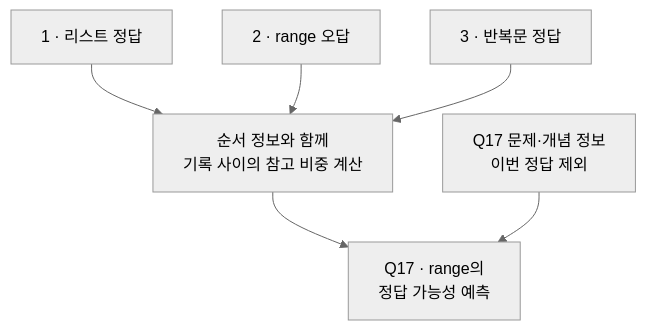
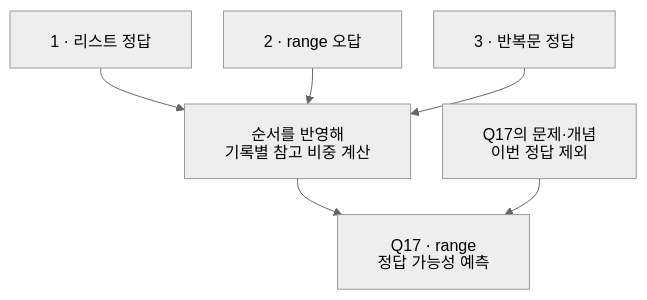
Before and after one commit to WaterMinCho/programming-study: the third of 4 diagrams in docs/LEARNING_MISSIONS.md, drawn with Mermaid (neutral theme). The commit also changed other lines of this file and 15 other files, not shown here.

````diff
--- a/docs/LEARNING_MISSIONS.md
+++ b/docs/LEARNING_MISSIONS.md
@@ -102,8 +120,17 @@
 ```mermaid
+---
+config:
+  htmlLabels: false
+  flowchart:
+    padding: 20
+    wrappingWidth: 240
+    nodeSpacing: 32
+    rankSpacing: 36
+---
 flowchart TD
     A["1 · 리스트 정답"] --> M
     B["2 · range 오답"] --> M
     C["3 · 반복문 정답"] --> M
-    M["순서 정보와 함께<br/>기록 사이의 참고 비중 계산"] --> P["Q17 · range의<br/>정답 가능성 예측"]
-    Q["Q17 문제·개념 정보<br/>이번 정답 제외"] --> P
+    M["순서를 반영해<br/>기록별 참고 비중 계산"] --> P["Q17 · range<br/>정답 가능성 예측"]
+    Q["Q17의 문제·개념<br/>이번 정답 제외"] --> P
 ```
````
